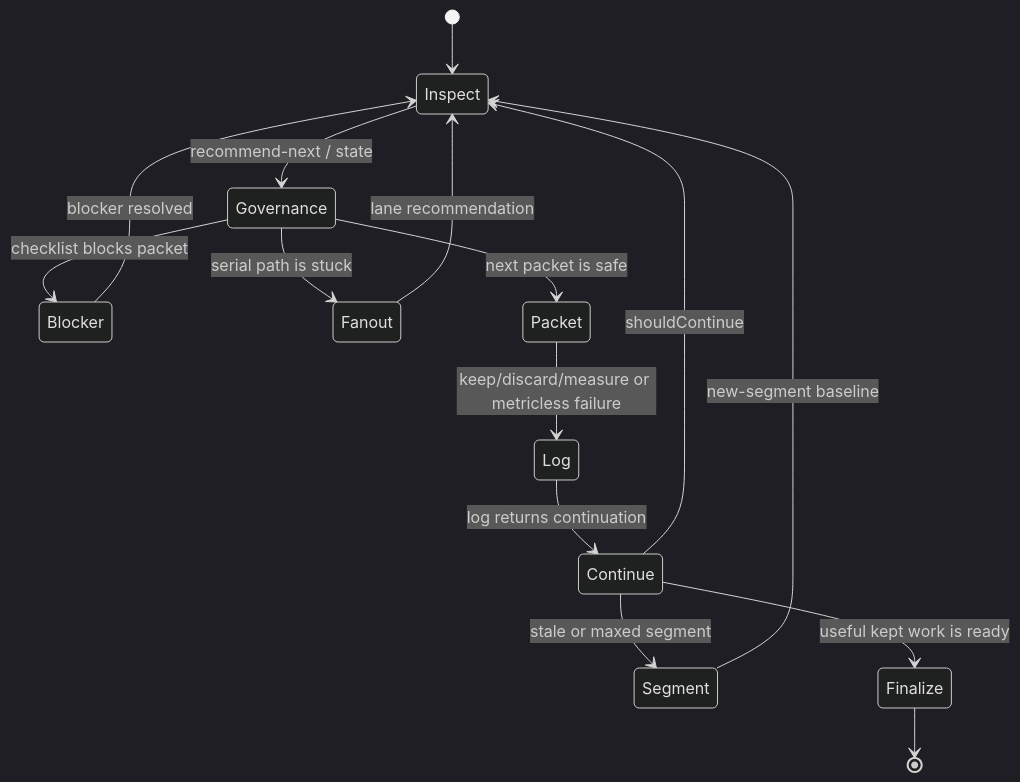
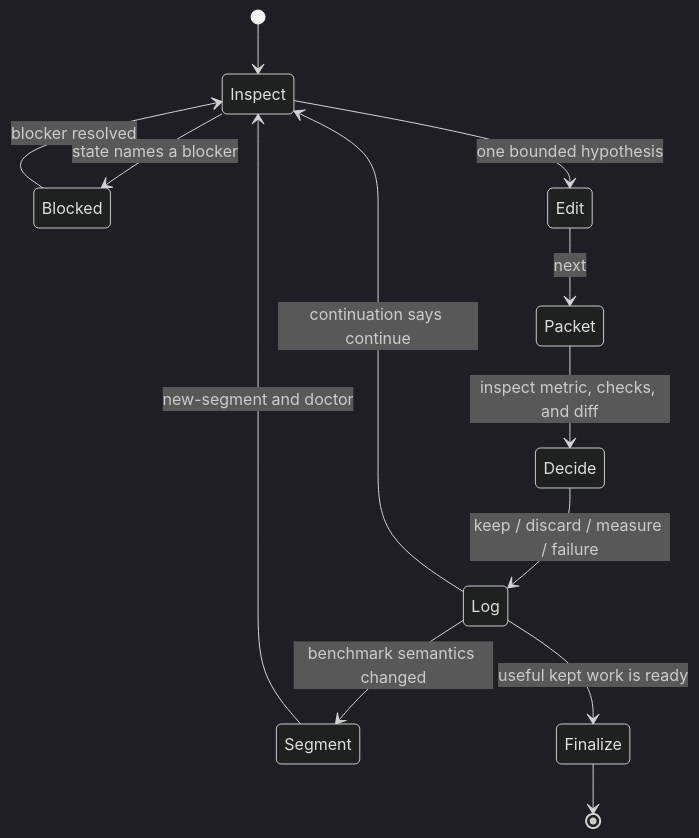
One commit to TheGreenCedar/codex-autoresearch changed the second of 4 diagrams in plugins/codex-autoresearch/docs/workflows.md. Above: the diagram before and after it, drawn with Mermaid (dark theme). The commit also changed other lines of this file and 98 other files, not shown here.

````diff
--- a/plugins/codex-autoresearch/docs/workflows.md
+++ b/plugins/codex-autoresearch/docs/workflows.md
@@ -48,17 +26,15 @@
 ```mermaid
 stateDiagram-v2
   [*] --> Inspect
-  Inspect --> Governance: recommend-next / state
-  Governance --> Blocker: checklist blocks packet
-  Blocker --> Inspect: blocker resolved
-  Governance --> Fanout: serial path is stuck
-  Fanout --> Inspect: lane recommendation
-  Governance --> Packet: next packet is safe
-  Packet --> Log: keep/discard/measure or metricless failure
-  Log --> Continue: log returns continuation
-  Continue --> Inspect: shouldContinue
-  Continue --> Segment: stale or maxed segment
-  Continue --> Finalize: useful kept work is ready
-  Segment --> Inspect: new-segment baseline
+  Inspect --> Blocked: state names a blocker
+  Blocked --> Inspect: blocker resolved
+  Inspect --> Edit: one bounded hypothesis
+  Edit --> Packet: next
+  Packet --> Decide: inspect metric, checks, and diff
+  Decide --> Log: keep / discard / measure / failure
+  Log --> Inspect: continuation says continue
+  Log --> Segment: benchmark semantics changed
+  Log --> Finalize: useful kept work is ready
+  Segment --> Inspect: new-segment and doctor
   Finalize --> [*]
 ```
````
